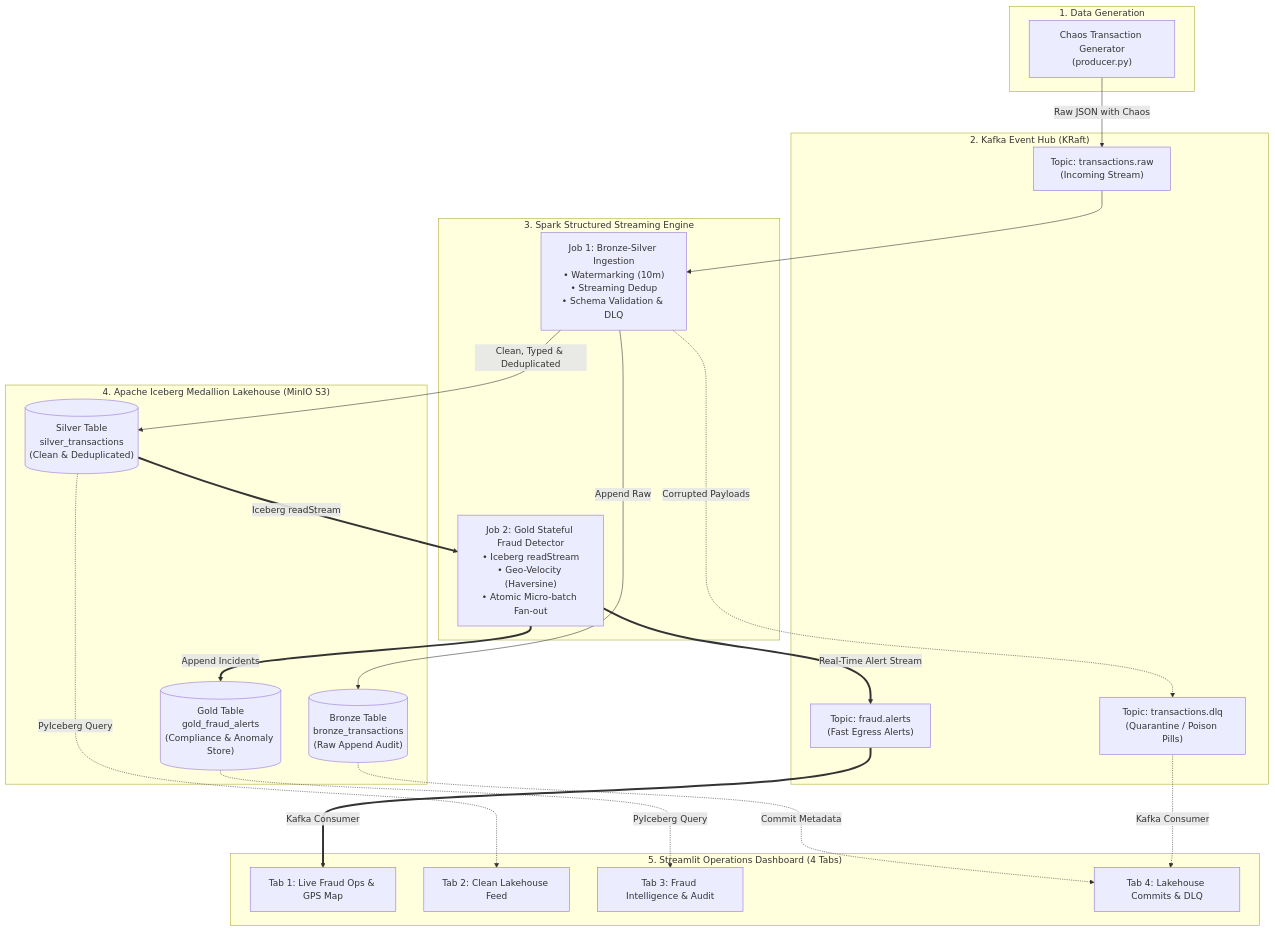
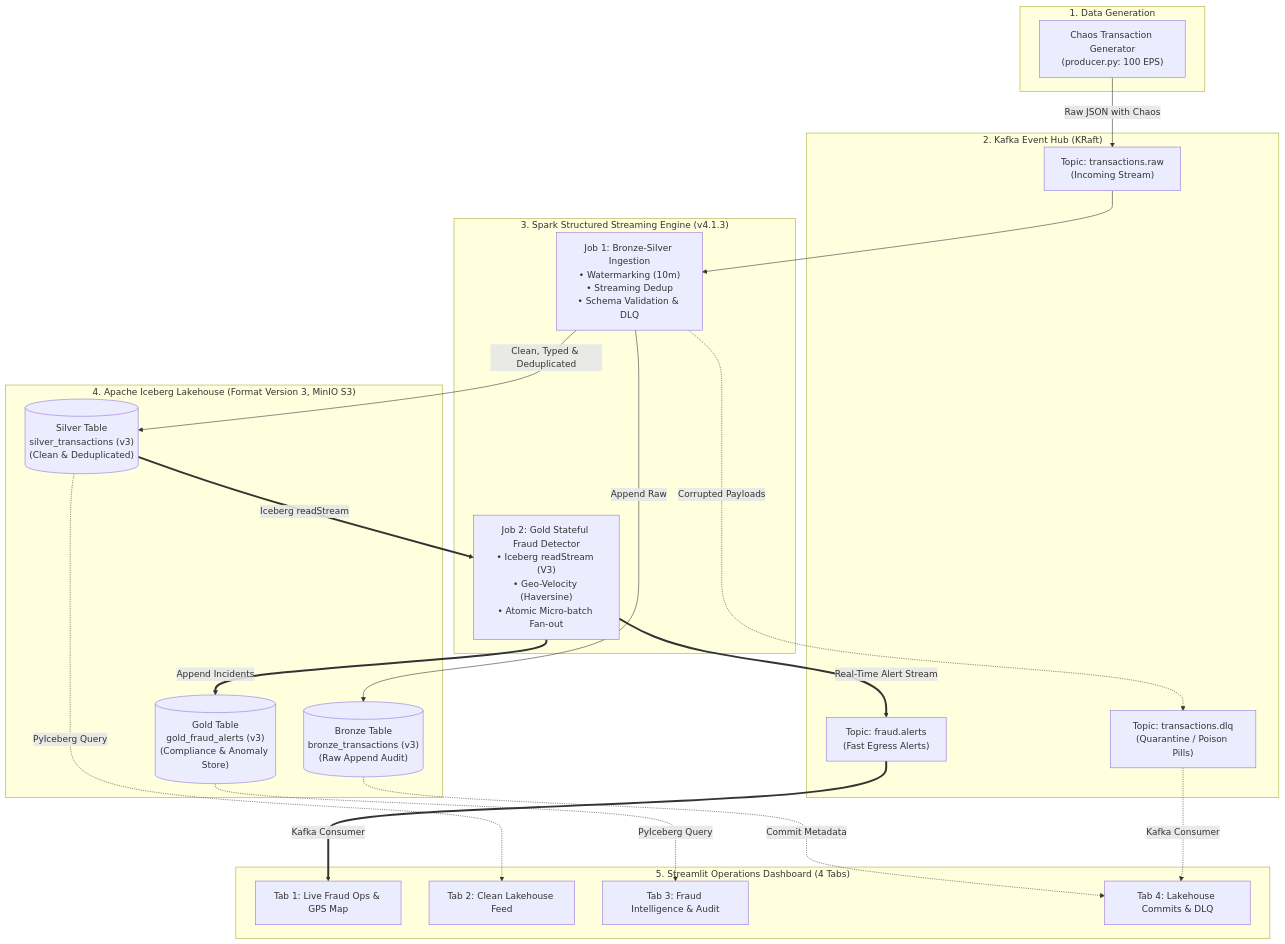
Before and after one commit to Salatich/spark-streaming-fraud-detection: the diagram in README.md, drawn with Mermaid. The commit also changed other lines of this file and 2 other files, not shown here.

Commit message:
docs & refactor: update README with Spark 4.1.3 & Iceberg v3, modernize Streamlit width, add clean session termination

````diff
--- a/README.md
+++ b/README.md
@@ -16,46 +16,46 @@
 ```mermaid
 flowchart TD
     subgraph Ingestion ["1. Data Generation"]
-        Gen["Chaos Transaction Generator<br/>(producer.py)"]
+        Gen["Chaos Transaction Generator<br/>(producer.py: 100 EPS)"]
     end
 
     subgraph KafkaCluster ["2. Kafka Event Hub (KRaft)"]
         T_RAW["Topic: transactions.raw<br/>(Incoming Stream)"]
         T_DLQ["Topic: transactions.dlq<br/>(Quarantine / Poison Pills)"]
         T_ALERTS["Topic: fraud.alerts<br/>(Fast Egress Alerts)"]
     end
 
-    subgraph SparkEngine ["3. Spark Structured Streaming Engine"]
+    subgraph SparkEngine ["3. Spark Structured Streaming Engine (v4.1.3)"]
         J1["Job 1: Bronze-Silver Ingestion<br/>• Watermarking (10m)<br/>• Streaming Dedup<br/>• Schema Validation & DLQ"]
-        J2["Job 2: Gold Stateful Fraud Detector<br/>• Iceberg readStream<br/>• Geo-Velocity (Haversine)<br/>• Atomic Micro-batch Fan-out"]
+        J2["Job 2: Gold Stateful Fraud Detector<br/>• Iceberg readStream (V3)<br/>• Geo-Velocity (Haversine)<br/>• Atomic Micro-batch Fan-out"]
     end
 
-    subgraph IcebergLakehouse ["4. Apache Iceberg Medallion Lakehouse (MinIO S3)"]
-        B_TBL[("Bronze Table<br/>bronze_transactions<br/>(Raw Append Audit)")]
-        S_TBL[("Silver Table<br/>silver_transactions<br/>(Clean & Deduplicated)")]
-        G_TBL[("Gold Table<br/>gold_fraud_alerts<br/>(Compliance & Anomaly Store)")]
+    subgraph IcebergLakehouse ["4. Apache Iceberg Lakehouse (Format Version 3, MinIO S3)"]
+        B_TBL[("Bronze Table<br/>bronze_transactions (v3)<br/>(Raw Append Audit)")]
+        S_TBL[("Silver Table<br/>silver_transactions (v3)<br/>(Clean & Deduplicated)")]
+        G_TBL[("Gold Table<br/>gold_fraud_alerts (v3)<br/>(Compliance & Anomaly Store)")]
     end
 
     subgraph UI ["5. Streamlit Operations Dashboard (4 Tabs)"]
         D1["Tab 1: Live Fraud Ops & GPS Map"]
         D2["Tab 2: Clean Lakehouse Feed"]
         D3["Tab 3: Fraud Intelligence & Audit"]
         D4["Tab 4: Lakehouse Commits & DLQ"]
     end
 
     Gen -->|Raw JSON with Chaos| T_RAW
     T_RAW --> J1
     J1 -->|Append Raw| B_TBL
     J1 -->|Clean, Typed & Deduplicated| S_TBL
     J1 -.->|Corrupted Payloads| T_DLQ
 
     S_TBL ==>|Iceberg readStream| J2
     J2 ==>|Real-Time Alert Stream| T_ALERTS
     J2 ==>|Append Incidents| G_TBL
 
     T_ALERTS ===>|Kafka Consumer| D1
     S_TBL -.->|PyIceberg Query| D2
     G_TBL -.->|PyIceberg Query| D3
     B_TBL -.->|Commit Metadata| D4
     T_DLQ -.->|Kafka Consumer| D4
 ```
````
